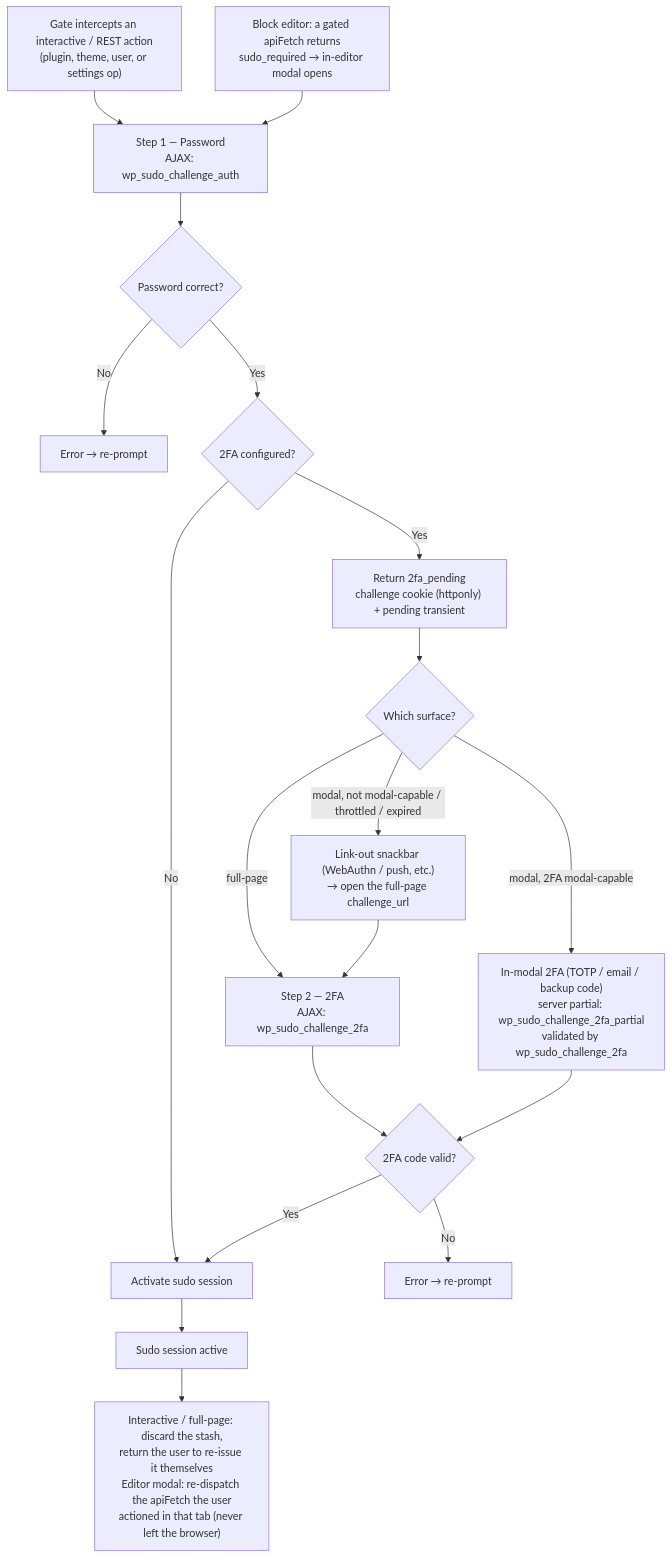
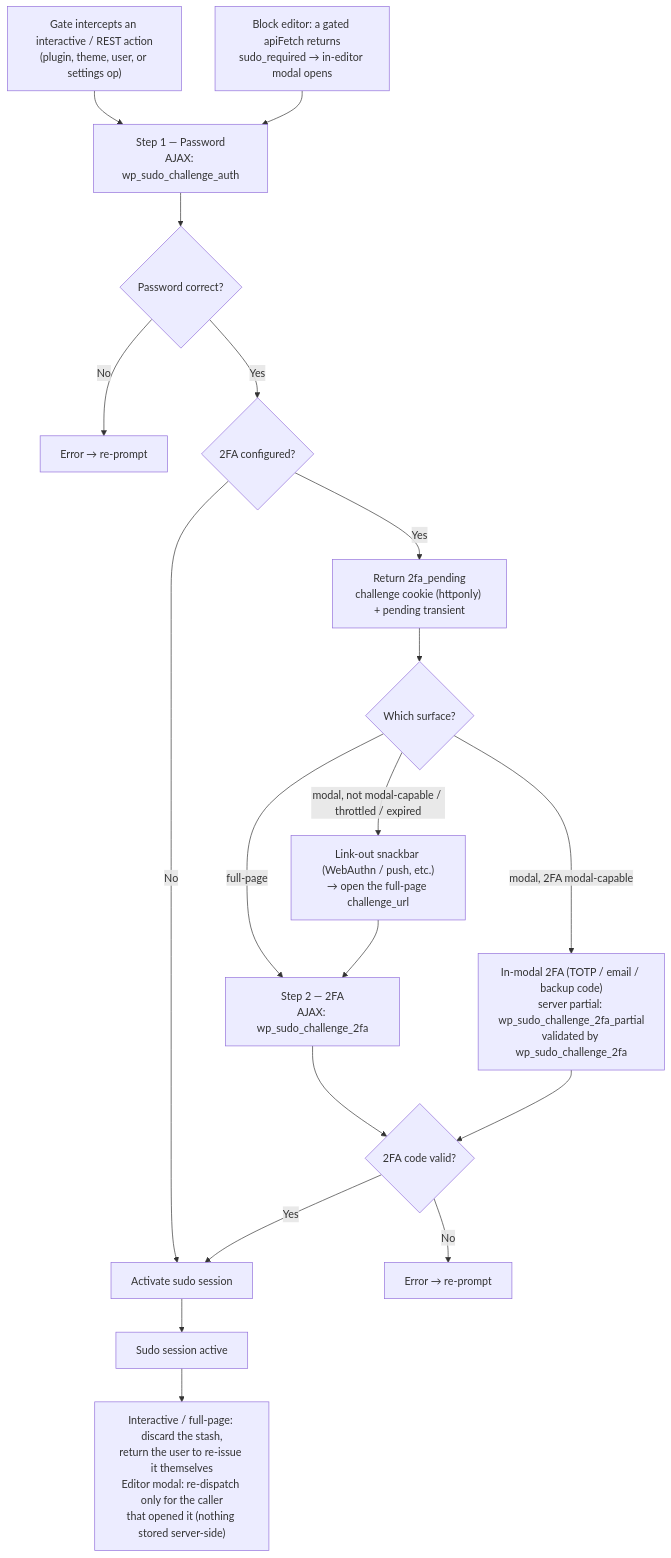
One commit to dknauss/Sudo changed the diagram in docs/two-factor-integration.md. Above: the diagram before and after it, drawn with Mermaid. The commit also changed other lines of this file and 13 other files, not shown here.

````diff
--- a/docs/two-factor-integration.md
+++ b/docs/two-factor-integration.md
@@ -32,26 +32,26 @@
 ```mermaid
 flowchart TD
     A1["Gate intercepts an interactive / REST action<br/>(plugin, theme, user, or settings op)"] --> P
     A2["Block editor: a gated apiFetch returns<br/>sudo_required → in-editor modal opens"] --> P
 
     P["Step 1 — Password<br/>AJAX: wp_sudo_challenge_auth"] --> PC{"Password correct?"}
     PC -- No --> PE["Error → re-prompt"]
     PC -- Yes --> TF{"2FA configured?"}
 
     TF -- No --> ACT["Activate sudo session"]
     TF -- Yes --> PEND["Return 2fa_pending<br/>challenge cookie (httponly) + pending transient"]
 
     PEND --> SURF{"Which surface?"}
     SURF -- "full-page" --> F2["Step 2 — 2FA<br/>AJAX: wp_sudo_challenge_2fa"]
     SURF -- "modal, 2FA modal-capable" --> M2["In-modal 2FA (TOTP / email / backup code)<br/>server partial: wp_sudo_challenge_2fa_partial<br/>validated by wp_sudo_challenge_2fa"]
     SURF -- "modal, not modal-capable / throttled / expired" --> LO["Link-out snackbar (WebAuthn / push, etc.)<br/>→ open the full-page challenge_url"]
 
     LO --> F2
     F2 --> V{"2FA code valid?"}
     M2 --> V
     V -- No --> FE["Error → re-prompt"]
     V -- Yes --> ACT
 
     ACT --> DONE["Sudo session active"]
-    DONE --> R["Interactive / full-page: discard the stash,<br/>return the user to re-issue it themselves<br/>Editor modal: re-dispatch the apiFetch the user<br/>actioned in that tab (never left the browser)"]
+    DONE --> R["Interactive / full-page: discard the stash,<br/>return the user to re-issue it themselves<br/>Editor modal: re-dispatch only for the caller<br/>that opened it (nothing stored server-side)"]
 ```
````
